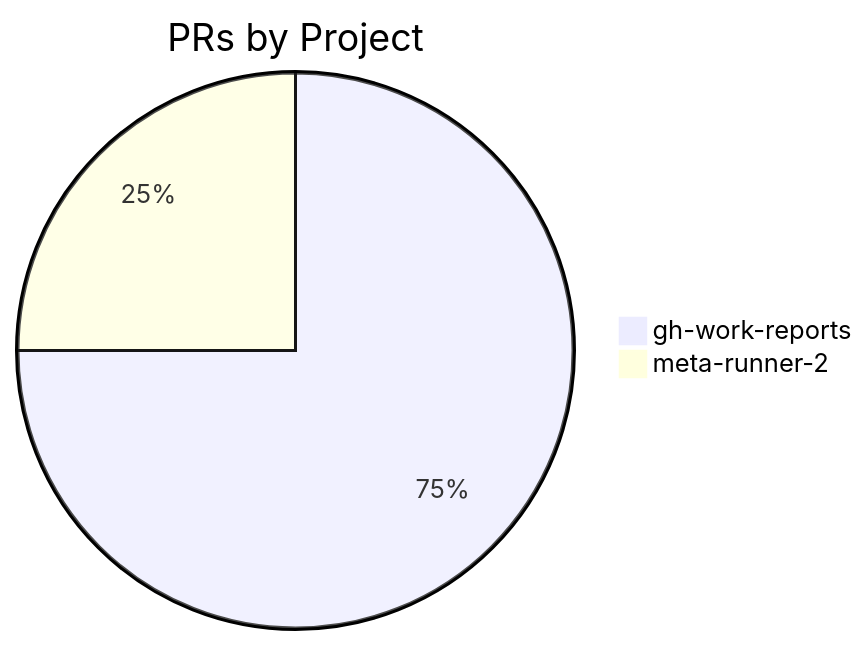
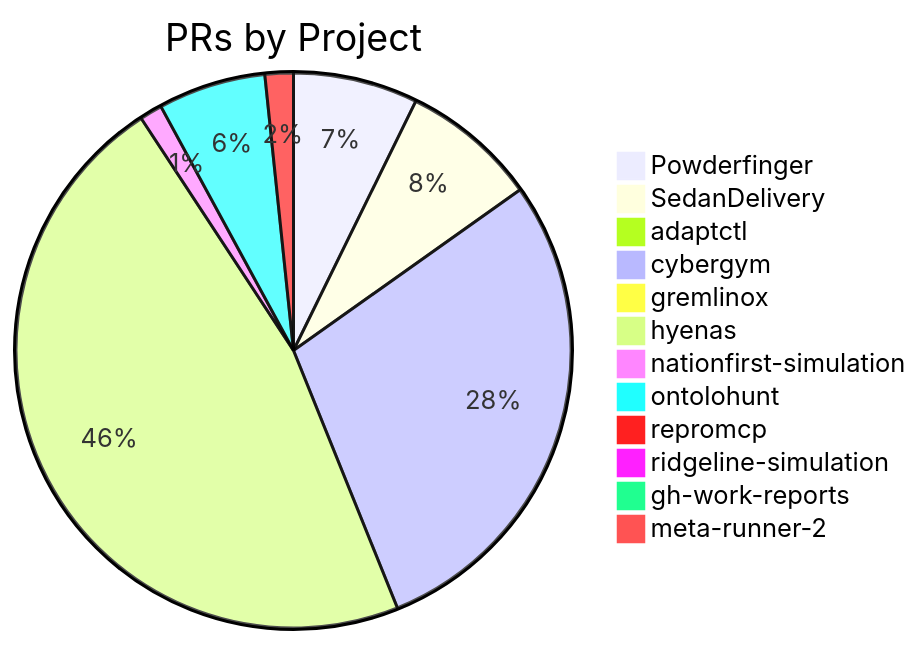
The first of 2 diagrams in docs/reports/report-2026-04-02-to-2026-04-09.md (nlscng/gh-work-reports), drawn with Mermaid before and after one commit. The commit also changed other lines of this file and 1 other file, not shown here.

````diff
--- a/docs/reports/report-2026-04-02-to-2026-04-09.md
+++ b/docs/reports/report-2026-04-02-to-2026-04-09.md
@@ -18,5 +18,15 @@
 ```mermaid
 pie title PRs by Project
+    "Powderfinger" : 22
+    "SedanDelivery" : 24
+    "adaptctl" : 1
+    "cybergym" : 87
+    "gremlinox" : 3
+    "hyenas" : 142
+    "nationfirst-simulation" : 4
+    "ontolohunt" : 19
+    "repromcp" : 5
+    "ridgeline-simulation" : 1
     "gh-work-reports" : 3
     "meta-runner-2" : 1
 ```
````
